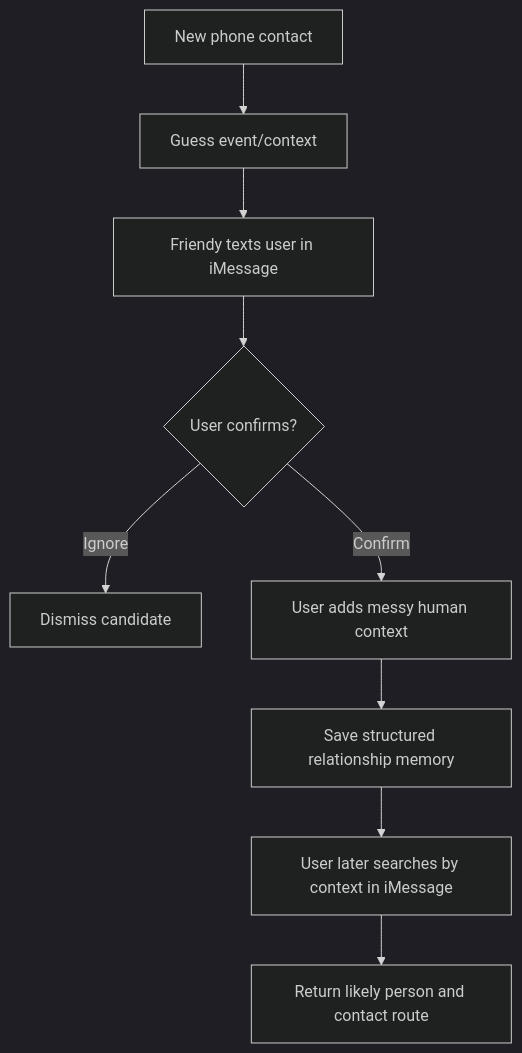
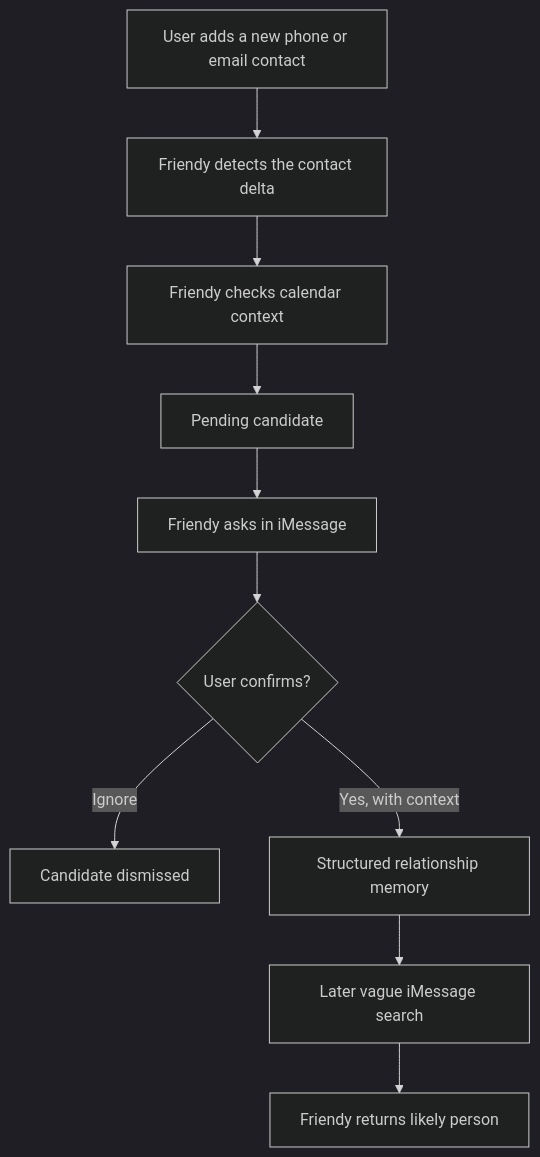
One commit to tony-ng-vn/Friendy changed the diagram in README.md. Above: the diagram before and after it, drawn with Mermaid (dark theme). The commit also changed other lines of this file and 1 other file, not shown here.

````diff
--- a/README.md
+++ b/README.md
@@ -23,11 +31,12 @@
 ```mermaid
 flowchart TD
-  A[New phone contact] --> B[Guess event/context]
-  B --> C[Friendy texts user in iMessage]
-  C --> D{User confirms?}
-  D -->|Ignore| E[Dismiss candidate]
-  D -->|Confirm| F[User adds messy human context]
-  F --> G[Save structured relationship memory]
-  G --> H[User later searches by context in iMessage]
-  H --> I[Return likely person and contact route]
+  A[User adds a new phone or email contact] --> B[Friendy detects the contact delta]
+  B --> C[Friendy checks calendar context]
+  C --> D[Pending candidate]
+  D --> E[Friendy asks in iMessage]
+  E --> F{User confirms?}
+  F -->|Ignore| G[Candidate dismissed]
+  F -->|Yes, with context| H[Structured relationship memory]
+  H --> I[Later vague iMessage search]
+  I --> J[Friendy returns likely person]
 ```
````
